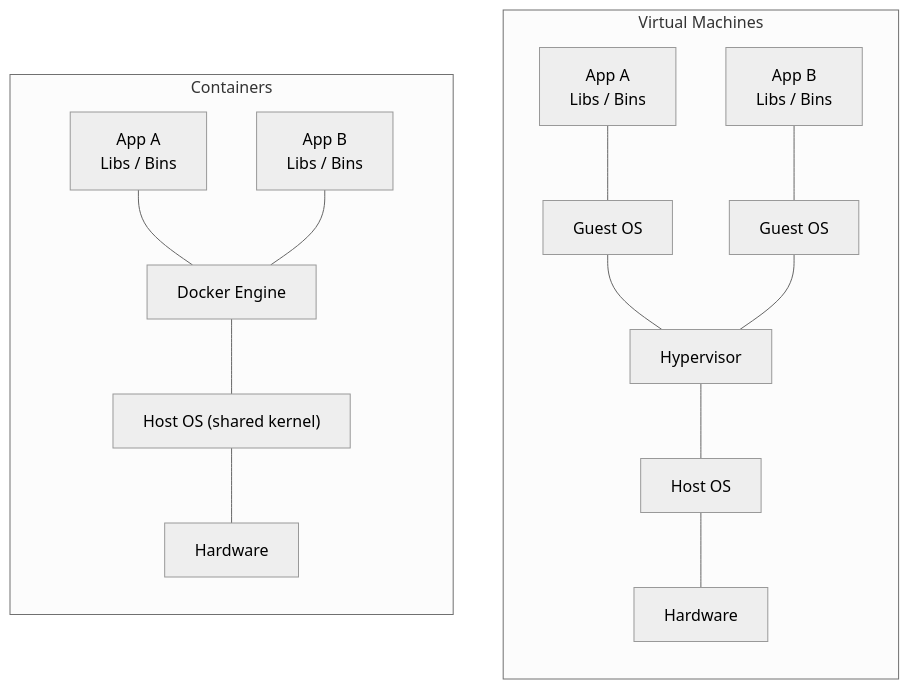
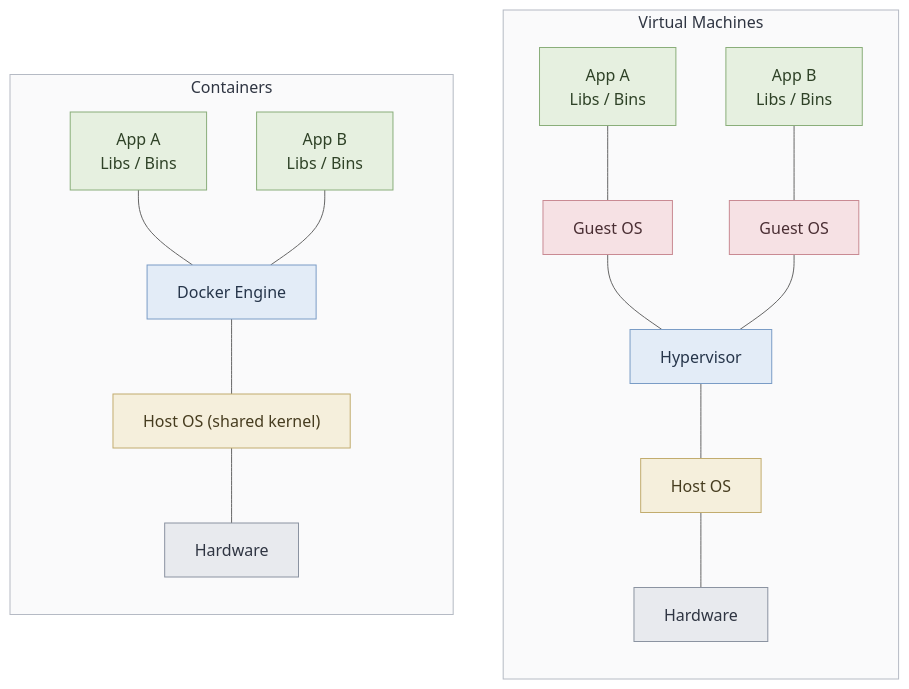
One commit to saurabhchachre013/docker101 changed the second of 10 diagrams in Docker101.md. Above: the diagram before and after it, drawn with Mermaid (neutral theme). The commit also changed other lines of this file and 2 other files, not shown here.

Commit message:
flask app with dockerfile

````diff
--- a/Docker101.md
+++ b/Docker101.md
@@ -73,20 +83,33 @@
 ```mermaid
 flowchart TB
     subgraph VM["Virtual Machines"]
         direction TB
-        VA["App A<br/>Libs / Bins"] --- VGA[Guest OS]
-        VB["App B<br/>Libs / Bins"] --- VGB[Guest OS]
-        VGA --- HV[Hypervisor]
+        VA["App A<br/>Libs / Bins"] --- VGA["Guest OS"]
+        VB["App B<br/>Libs / Bins"] --- VGB["Guest OS"]
+        VGA --- HV["Hypervisor"]
         VGB --- HV
-        HV --- VHOS[Host OS]
-        VHOS --- VHW[Hardware]
+        HV --- VHOS["Host OS"]
+        VHOS --- VHW["Hardware"]
     end
 
     subgraph CT["Containers"]
         direction TB
-        CA["App A<br/>Libs / Bins"] --- DE[Docker Engine]
+        CA["App A<br/>Libs / Bins"] --- DE["Docker Engine"]
         CB["App B<br/>Libs / Bins"] --- DE
         DE --- CHOS["Host OS (shared kernel)"]
-        CHOS --- CHW[Hardware]
+        CHOS --- CHW["Hardware"]
     end
+
+    classDef app fill:#E6F0E0,stroke:#8AAE7A,color:#2F4227
+    classDef guest fill:#F6E1E4,stroke:#C98A93,color:#4A2E33
+    classDef engine fill:#E3ECF7,stroke:#7A9CC6,color:#26354A
+    classDef os fill:#F5EFDC,stroke:#C2AC6E,color:#463C1F
+    classDef hw fill:#E8EAEE,stroke:#8B93A1,color:#2F3542
+    class VA,VB,CA,CB app
+    class VGA,VGB guest
+    class HV,DE engine
+    class VHOS,CHOS os
+    class VHW,CHW hw
+    style VM fill:#FAFAFB,stroke:#B5BAC4,color:#2F3542
+    style CT fill:#FAFAFB,stroke:#B5BAC4,color:#2F3542
 ```
````
